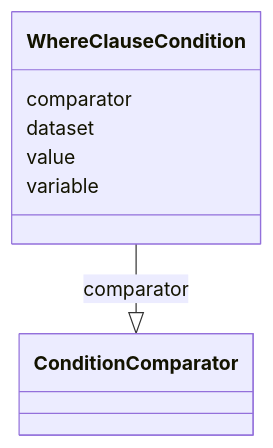
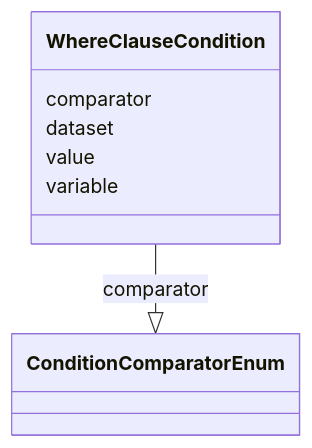
The diagram in project/docs/WhereClauseCondition.md (cdisc-org/analysis-results-standard), drawn with Mermaid before and after one commit. The commit also changed other lines of this file and 281 other files, not shown here.

````diff
--- a/project/docs/WhereClauseCondition.md
+++ b/project/docs/WhereClauseCondition.md
@@ -9,15 +9,15 @@
 ```mermaid
  classDiagram
     class WhereClauseCondition
       WhereClauseCondition : comparator
         
-          WhereClauseCondition --|> ConditionComparator : comparator
+          WhereClauseCondition --|> ConditionComparatorEnum : comparator
         
       WhereClauseCondition : dataset
         
       WhereClauseCondition : value
         
       WhereClauseCondition : variable
         
       
 ```
````
